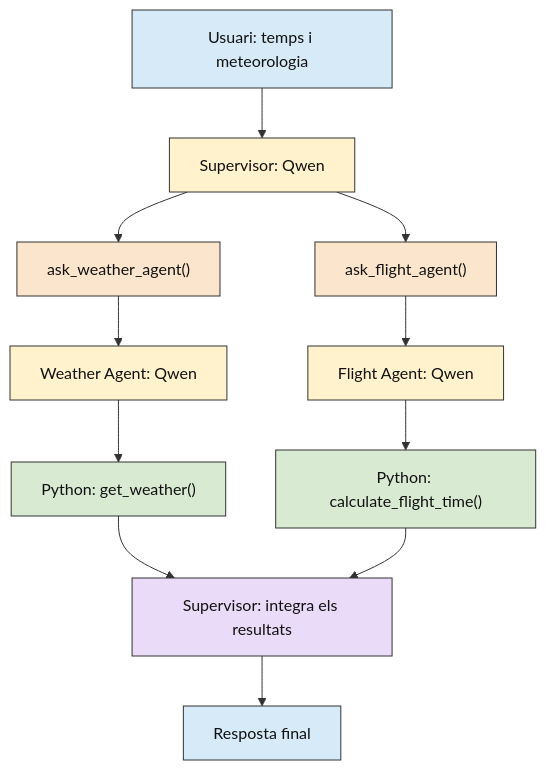
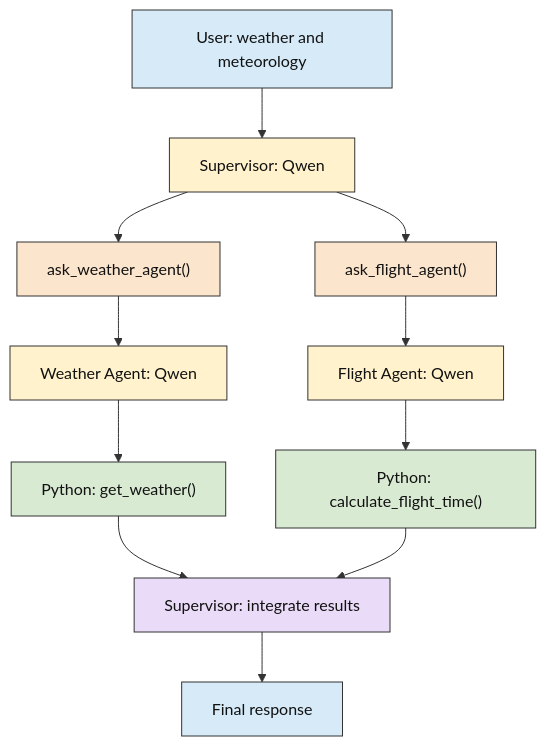
The third of 15 diagrams in AI_Observability/docs/08_examples.md (eetac/Visual_tools_for_AI), drawn with Mermaid before and after one commit. The commit also changed other lines of this file and 31 other files, not shown here.

````diff
--- a/AI_Observability/docs/08_examples.md
+++ b/AI_Observability/docs/08_examples.md
@@ -280,25 +280,25 @@
 ```mermaid
 flowchart TD
-    U["Usuari: temps i meteorologia"] --> S["Supervisor: Qwen"]
+    U["User: weather and meteorology"] --> S["Supervisor: Qwen"]
     S --> W["ask_weather_agent()"]
     S --> V["ask_flight_agent()"]
     W --> WA["Weather Agent: Qwen"]
     V --> FA["Flight Agent: Qwen"]
     WA --> WT["Python: get_weather()"]
     FA --> FT["Python: calculate_flight_time()"]
-    WT --> RS["Supervisor: integra els resultats"]
+    WT --> RS["Supervisor: integrate results"]
     FT --> RS
-    RS --> F["Resposta final"]
+    RS --> F["Final response"]
     class U,F entrada
     class S,WA,FA llm
     class W,V agent
     class WT,FT python
     class RS servei
     classDef entrada fill:#D6EAF8,stroke:#333333,color:#111111
     classDef llm fill:#FFF2CC,stroke:#333333,color:#111111
     classDef python fill:#D9EAD3,stroke:#333333,color:#111111
     classDef decisio fill:#F4CCCC,stroke:#333333,color:#111111
     classDef servei fill:#EADCF8,stroke:#333333,color:#111111
     classDef agent fill:#FCE5CD,stroke:#333333,color:#111111
     classDef opik fill:#F5F5F5,stroke:#333333,color:#111111
 ```
````
